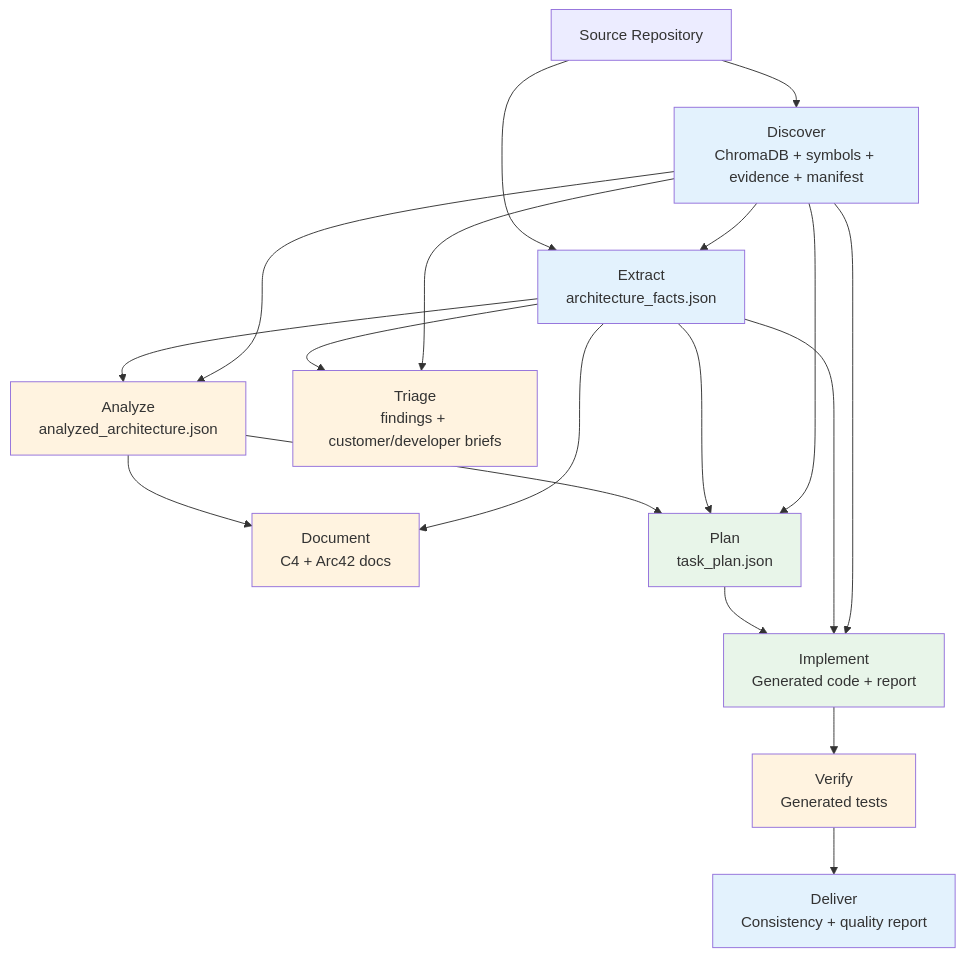
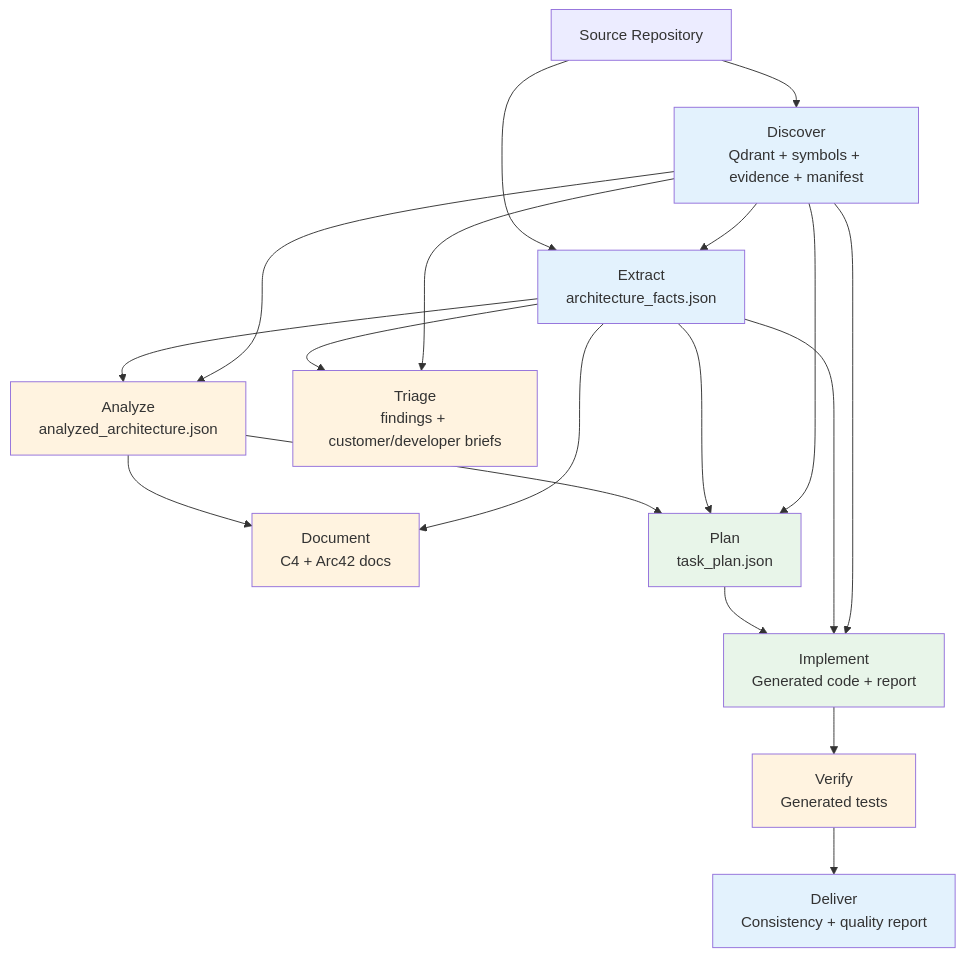
The first of 2 diagrams in docs/architecture/knowledge-lifecycle.md (aymenmastouri/aicodegencrew), drawn with Mermaid before and after one commit. The commit also changed other lines of this file and 81 other files, not shown here.

````diff
--- a/docs/architecture/knowledge-lifecycle.md
+++ b/docs/architecture/knowledge-lifecycle.md
@@ -14,30 +14,30 @@
 ```mermaid
 graph TD
-    R[Source Repository] --> D[Discover<br/>ChromaDB + symbols + evidence + manifest]
+    R[Source Repository] --> D[Discover<br/>Qdrant + symbols + evidence + manifest]
     R --> E[Extract<br/>architecture_facts.json]
     D --> E
     E --> A[Analyze<br/>analyzed_architecture.json]
     D --> A
     A --> DOC[Document<br/>C4 + Arc42 docs]
     E --> DOC
     E --> T[Triage<br/>findings + customer/developer briefs]
     D --> T
     A --> P[Plan<br/>task_plan.json]
     E --> P
     D --> P
     P --> I[Implement<br/>Generated code + report]
     E --> I
     D --> I
     I --> V[Verify<br/>Generated tests]
     V --> DEL[Deliver<br/>Consistency + quality report]
 
     style D fill:#e3f2fd
     style E fill:#e3f2fd
     style A fill:#fff3e0
     style DOC fill:#fff3e0
     style T fill:#fff3e0
     style P fill:#e8f5e9
     style I fill:#e8f5e9
     style V fill:#fff3e0
     style DEL fill:#e3f2fd
 ```
````
